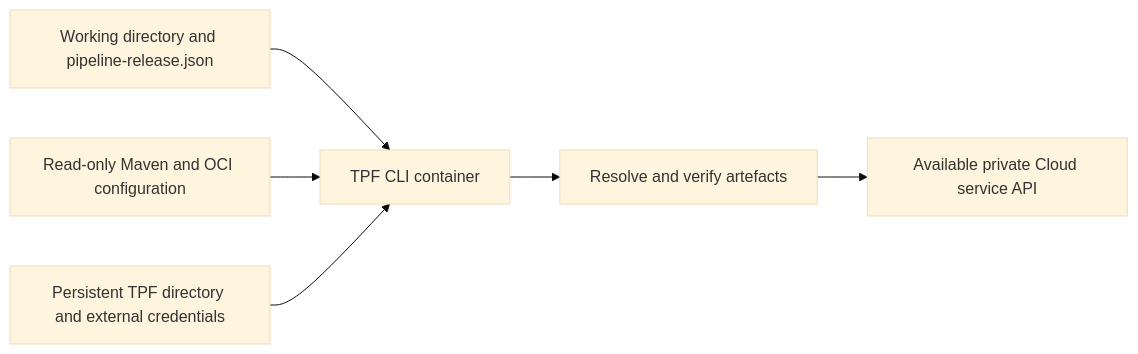
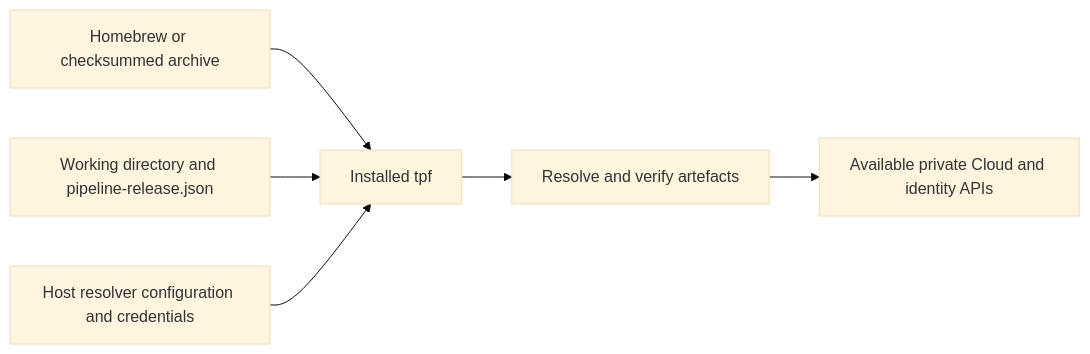
The diagram in docs/deploy/cli-installation.md (The-Pipeline-Framework/pipelineframework), drawn with Mermaid (base theme) before and after one commit. The commit also changed other lines of this file and 2 other files, not shown here.

Commit message:
Document native CLI installation and authenticated deployment

````diff
--- a/docs/deploy/cli-installation.md
+++ b/docs/deploy/cli-installation.md
@@ -8,8 +8,8 @@
 ```mermaid
 flowchart LR
-    W[Working directory and pipeline-release.json] --> CLI[TPF CLI container]
-    C[Read-only Maven and OCI configuration] --> CLI
-    S[Persistent TPF directory and external credentials] --> CLI
-    CLI --> R[Resolve and verify artefacts]
-    R --> API[Available private Cloud service API]
+    B[Homebrew or checksummed archive] --> CLI[Installed tpf]
+    W[Working directory and pipeline-release.json] --> CLI
+    C[Host resolver configuration and credentials] --> CLI
+    CLI --> V[Resolve and verify artefacts]
+    V --> API[Available private Cloud and identity APIs]
 ```
````
